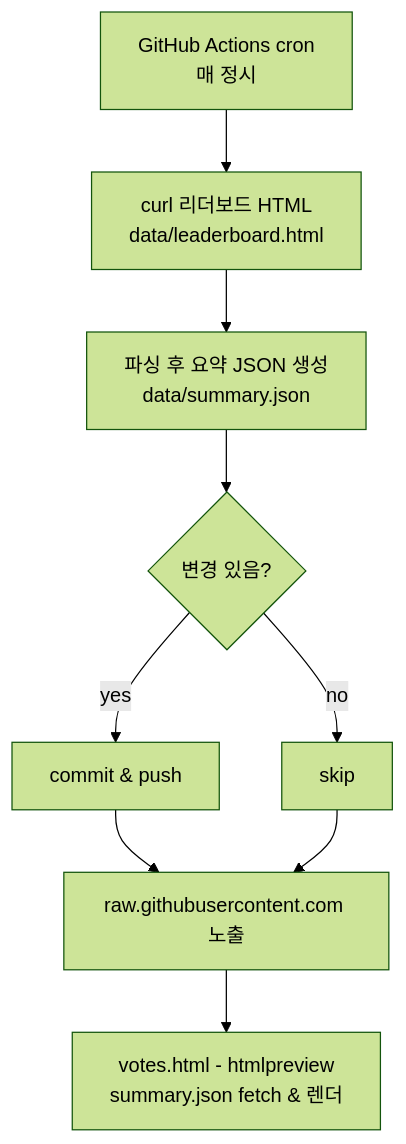
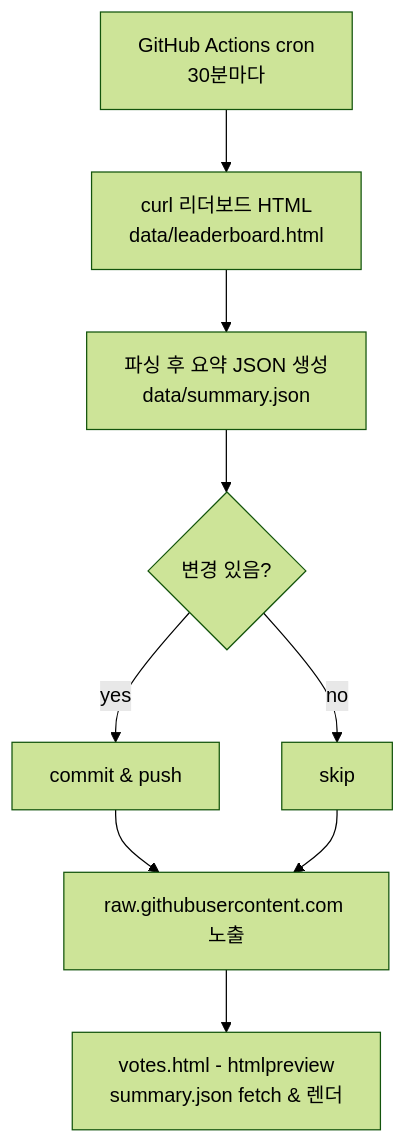
Before and after one commit to sesacs/vote-dashboard: the diagram in README.md, drawn with Mermaid (forest theme). The commit also changed 3 other files, not shown here.

````diff
--- a/README.md
+++ b/README.md
@@ -15,11 +15,11 @@
 ```mermaid
 flowchart TD
-  A[GitHub Actions cron<br>매 정시] --> B[curl 리더보드 HTML<br/>data/leaderboard.html]
+  A[GitHub Actions cron<br>30분마다] --> B[curl 리더보드 HTML<br/>data/leaderboard.html]
   B --> C[파싱 후 요약 JSON 생성<br/>data/summary.json]
   C --> D{변경 있음?}
   D -- yes --> E[commit & push]
   D -- no --> F[skip]
   E --> G[raw.githubusercontent.com 노출]
   F --> G
   G --> H[votes.html - htmlpreview<br/>summary.json fetch & 렌더]
 ```
````
